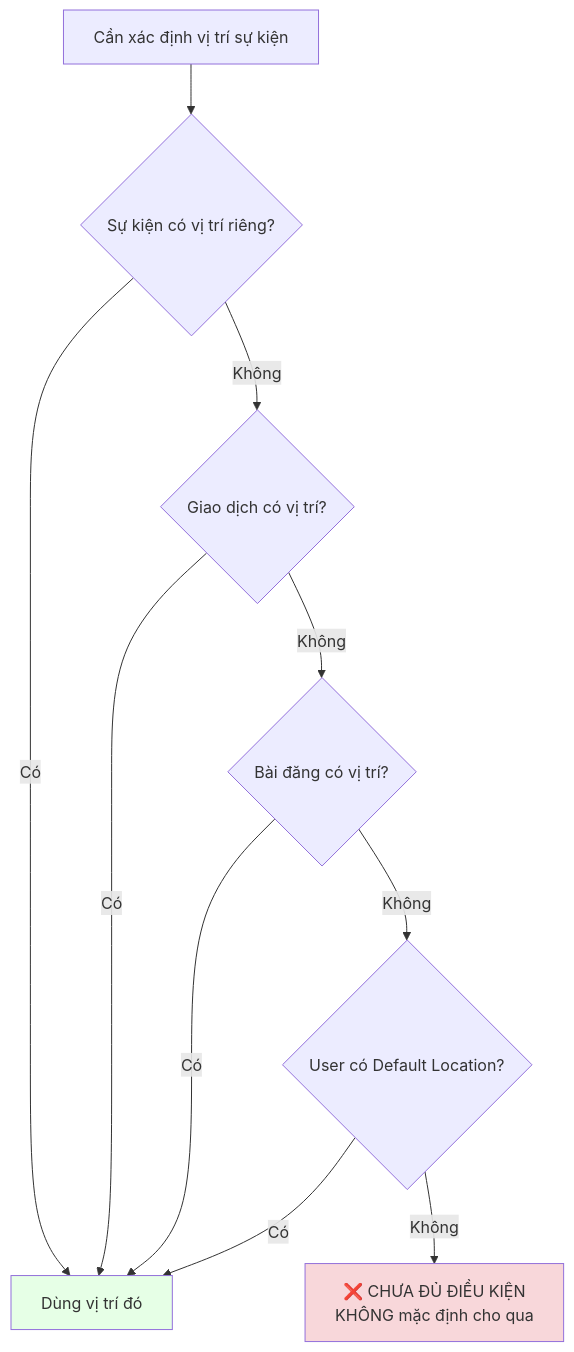
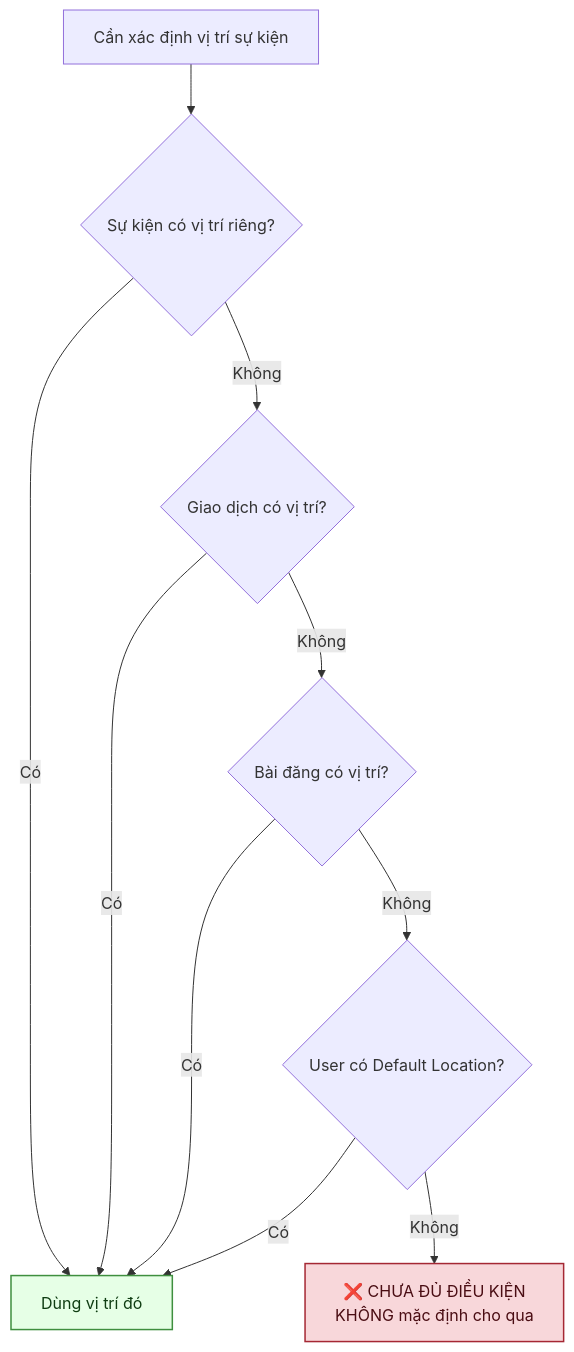
The third of 5 diagrams in docs/diagram/19-affiliate.md (fdshn/trueheart), drawn with Mermaid before and after one commit. The commit also changed other lines of this file and 30 other files, not shown here.

First line of the commit message:
docs(diagram): chữ trong khối tô màu đọc được ở cả giao diện sáng và tối

````diff
--- a/docs/diagram/19-affiliate.md
+++ b/docs/diagram/19-affiliate.md
@@ -56,15 +56,15 @@
 ```mermaid
 flowchart TD
     A[Cần xác định vị trí sự kiện] --> B{Sự kiện có vị trí riêng?}
     B -->|Có| Z[Dùng vị trí đó]
     B -->|Không| C{Giao dịch có vị trí?}
     C -->|Có| Z
     C -->|Không| D{Bài đăng có vị trí?}
     D -->|Có| Z
     D -->|Không| E{User có Default Location?}
     E -->|Có| Z
     E -->|Không| F["❌ CHƯA ĐỦ ĐIỀU KIỆN<br/>KHÔNG mặc định cho qua"]
 
-    style F fill:#f8d7da
-    style Z fill:#e6ffe6
+    style F fill:#f8d7da,stroke:#a52834,stroke-width:1.5px,color:#4a0d13
+    style Z fill:#e6ffe6,stroke:#3f8f3f,stroke-width:1.5px,color:#0f3d12
 ```
````
